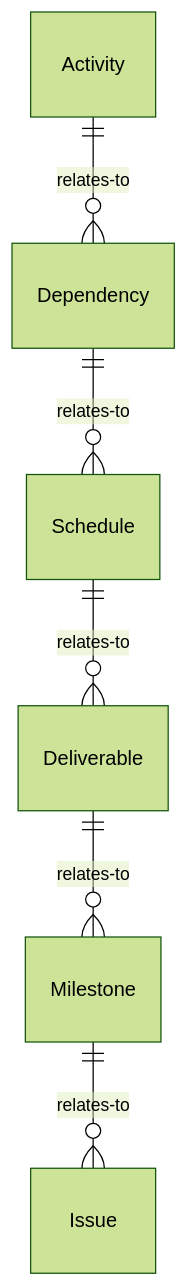
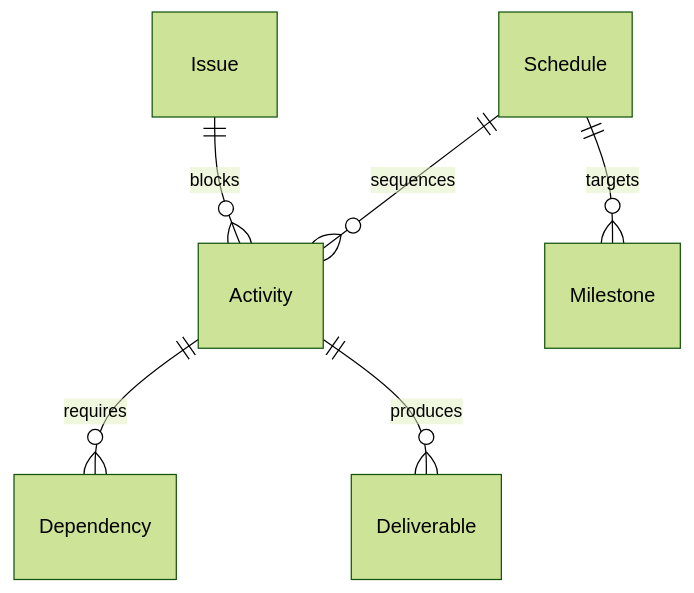
The first of 4 diagrams in CommunicatingWithSupervisorsPeersOrSubordinates/CoordinateActivitiesWithClientsAgenciesOrOrganizations/CoordinateActivitiesSuppliersContractorsClients.mdx (dot-org-ai/tasks.org.ai), drawn with Mermaid (forest theme) before and after one commit. The commit also changed other lines of this file and 515 other files, not shown here.

````diff
--- a/CommunicatingWithSupervisorsPeersOrSubordinates/CoordinateActivitiesWithClientsAgenciesOrOrganizations/CoordinateActivitiesSuppliersContractorsClients.mdx
+++ b/CommunicatingWithSupervisorsPeersOrSubordinates/CoordinateActivitiesWithClientsAgenciesOrOrganizations/CoordinateActivitiesSuppliersContractorsClients.mdx
@@ -88,8 +88,8 @@
 ```mermaid
 erDiagram
-    Activity ||--o{ Dependency : relates-to
-    Dependency ||--o{ Schedule : relates-to
-    Schedule ||--o{ Deliverable : relates-to
-    Deliverable ||--o{ Milestone : relates-to
-    Milestone ||--o{ Issue : relates-to
+    Activity ||--o{ Dependency : requires
+    Activity ||--o{ Deliverable : produces
+    Schedule ||--o{ Activity : sequences
+    Schedule ||--o{ Milestone : targets
+    Issue ||--o{ Activity : blocks
 ```
````
